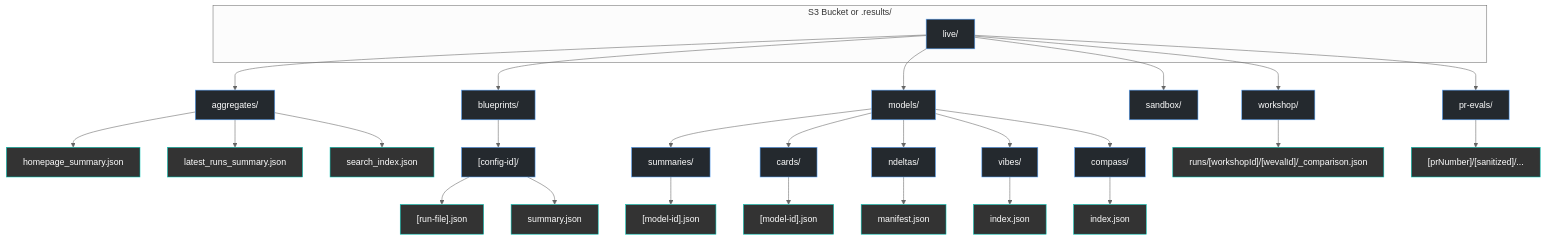
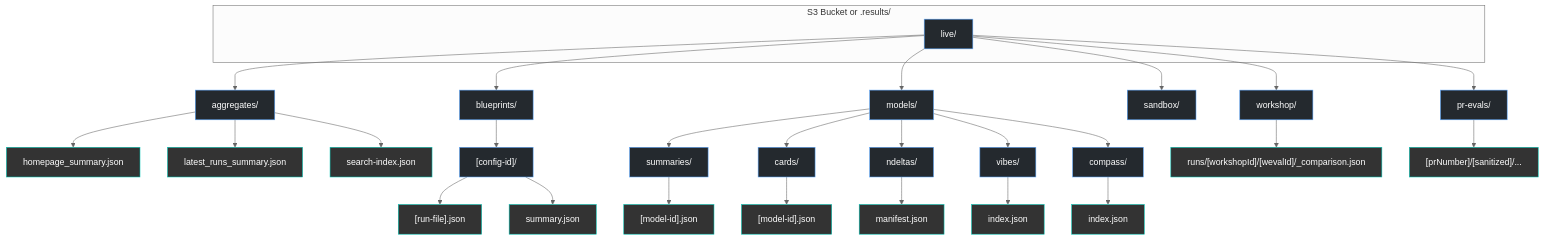
Before and after one commit to weval-org/app: the third of 4 diagrams in docs/ARCHITECTURE.md, drawn with Mermaid (neutral theme). The commit also changed other lines of this file, not shown here.

First line of the commit message:
docs: fix factual inaccuracies in ARCHITECTURE.md

````diff
--- a/docs/ARCHITECTURE.md
+++ b/docs/ARCHITECTURE.md
@@ -100,40 +100,40 @@
 ```mermaid
 graph TD;
     subgraph S3 Bucket or .results/
         A["live/"]
     end
 
     A --> B["aggregates/"];
     A --> C["blueprints/"];
     A --> D["models/"];
     A --> E["sandbox/"];
     A --> W["workshop/"];
     A --> P["pr-evals/"];
 
     B --> B1["homepage_summary.json"];
     B --> B2["latest_runs_summary.json"];
-    B --> B3["search_index.json"];
+    B --> B3["search-index.json"];
 
     C --> C1["[config-id]/"];
     C1 --> C2["[run-file].json"];
     C1 --> C3["summary.json"];
 
     D --> D1["summaries/"];
     D --> D2["cards/"];
     D --> D3["ndeltas/"];
     D --> D4["vibes/"];
     D --> D5["compass/"];
     D1 --> D1a["[model-id].json"];
     D2 --> D2a["[model-id].json"];
     D3 --> D3a["manifest.json"];
     D4 --> D4a["index.json"];
     D5 --> D5a["index.json"];
 
     W --> W1["runs/[workshopId]/[wevalId]/_comparison.json"];
     P --> P1["[prNumber]/[sanitized]/..."];
 
     classDef dir fill:#24292e,stroke:#58a6ff,stroke-width:1px,color:#fff;
     classDef file fill:#333,stroke:#00c7b7,stroke-width:1px,color:#fff;
     class A,B,C,D,E,W,P,C1,D1,D2,D3,D4,D5 dir;
     class B1,B2,B3,C2,C3,D1a,D2a,D3a,D4a,D5a,W1,P1 file;
 ```
````
